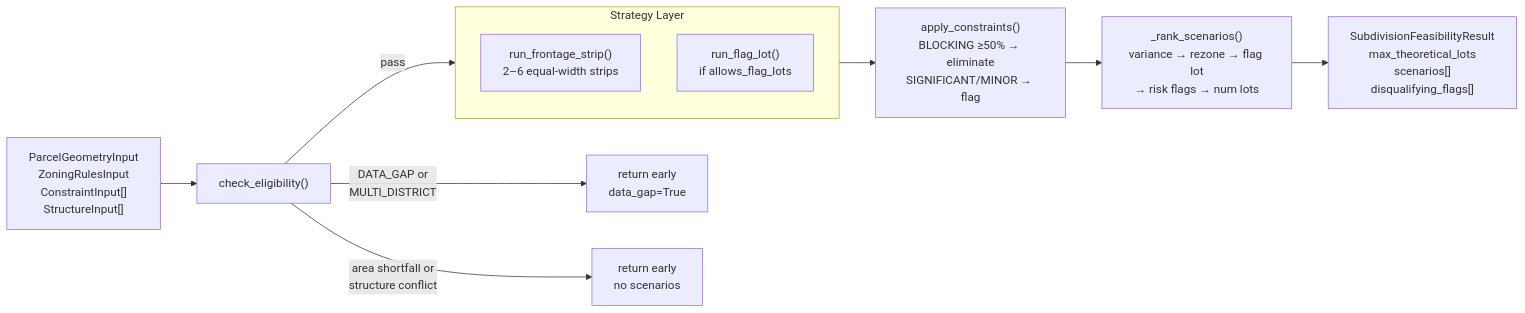
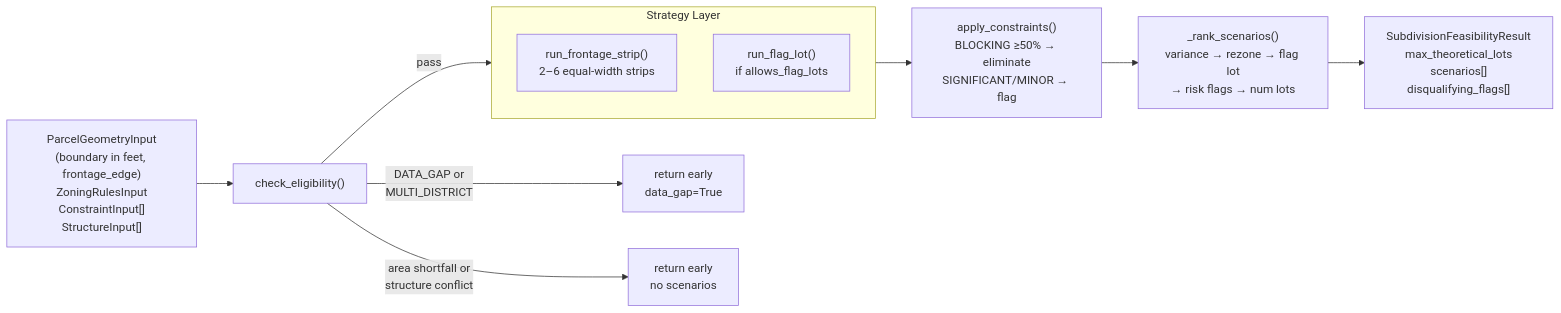
The third of 6 diagrams in docs/architecture.md (hartc17/lot-split-feasibility), drawn with Mermaid before and after one commit. The commit also changed other lines of this file and 27 other files, not shown here.

First line of the commit message:
Phase 3: geometry input layer + FastAPI + general-purpose pivot

````diff
--- a/docs/architecture.md
+++ b/docs/architecture.md
@@ -123,18 +115,18 @@
 ```mermaid
 flowchart LR
-    IN["ParcelGeometryInput\nZoningRulesInput\nConstraintInput[]\nStructureInput[]"]
+    IN["ParcelGeometryInput\n(boundary in feet, frontage_edge)\nZoningRulesInput\nConstraintInput[]\nStructureInput[]"]
 
     IN --> EL["check_eligibility()"]
     EL -->|"DATA_GAP or\nMULTI_DISTRICT"| EARLY1["return early\ndata_gap=True"]
     EL -->|"area shortfall or\nstructure conflict"| EARLY2["return early\nno scenarios"]
     EL -->|pass| STRAT
 
     subgraph STRAT["Strategy Layer"]
         FS["run_frontage_strip()\n2–6 equal-width strips"]
         FLG["run_flag_lot()\nif allows_flag_lots"]
     end
 
     STRAT --> AC["apply_constraints()\nBLOCKING ≥50% → eliminate\nSIGNIFICANT/MINOR → flag"]
     AC --> RANK["_rank_scenarios()\nvariance → rezone → flag lot\n→ risk flags → num lots"]
     RANK --> OUT["SubdivisionFeasibilityResult\nmax_theoretical_lots\nscenarios[]\ndisqualifying_flags[]"]
 ```
````
